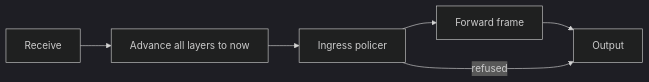
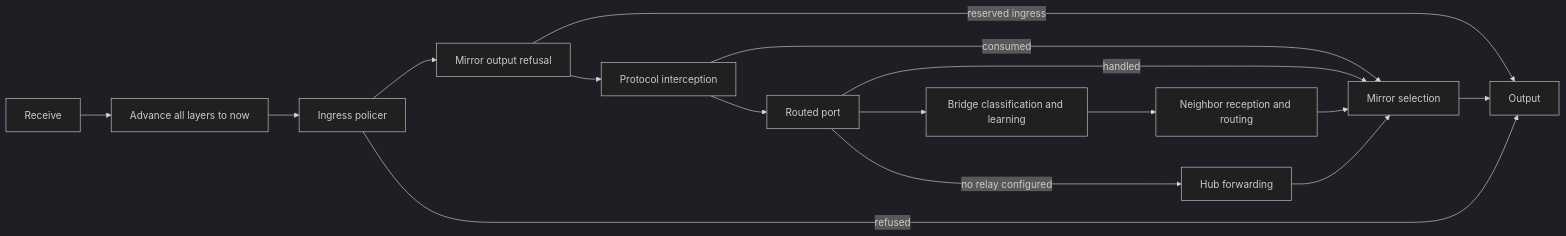
Before and after one commit to Aledantee/FlowSeer: the first of 2 diagrams in src/common/sim/device/vswitch/README.md, drawn with Mermaid (dark theme). The commit also changed other lines of this file and 24 other files, not shown here.

````diff
--- a/src/common/sim/device/vswitch/README.md
+++ b/src/common/sim/device/vswitch/README.md
@@ -115,8 +115,18 @@
 ```mermaid
 flowchart LR
     arrival[Receive] --> timers[Advance all layers to now]
     timers --> police[Ingress policer]
-    police --> forward[Forward frame]
-    forward --> output[Output]
+    police --> mirror[Mirror output refusal]
+    mirror --> intercept[Protocol interception]
+    intercept --> routed[Routed port]
+    routed --> bridge[Bridge classification and learning]
+    bridge --> neighbor[Neighbor reception and routing]
+    mirror -->|reserved ingress| output[Output]
+    intercept -->|consumed| copies[Mirror selection]
+    routed -->|handled| copies
+    routed -->|no relay configured| hub[Hub forwarding]
+    neighbor --> copies
+    hub --> copies
+    copies --> output
     police -->|refused| output
 ```
````
